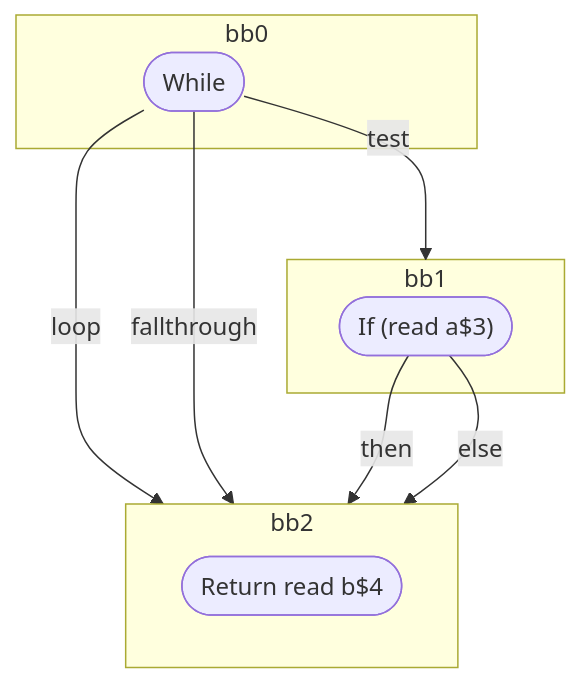
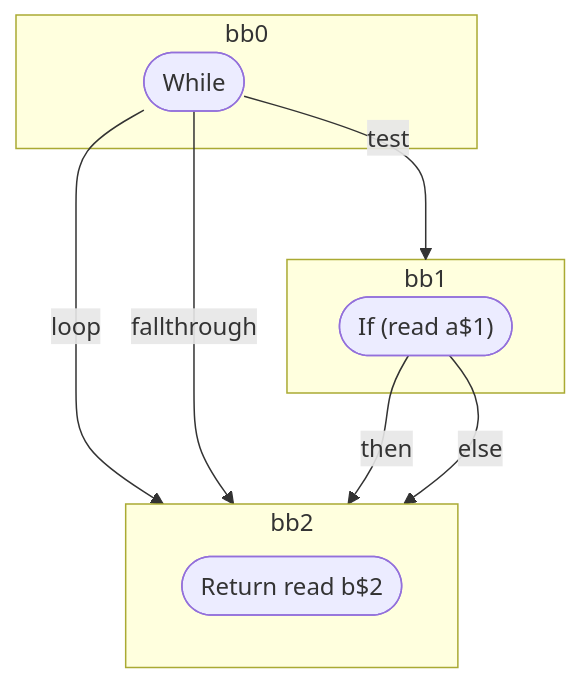
Before and after one commit to wutsmog/private: the diagram in compiler/forget/src/__tests__/fixtures/hir/while-break.expect.md, drawn with Mermaid. The commit also changed other lines of this file and 57 other files, not shown here.

````diff
--- a/compiler/forget/src/__tests__/fixtures/hir/while-break.expect.md
+++ b/compiler/forget/src/__tests__/fixtures/hir/while-break.expect.md
@@ -29,21 +29,21 @@
 ```mermaid
 flowchart TB
   %% Basic Blocks
   subgraph bb0
     bb0_terminal(["While"])
   end
   subgraph bb1
-    bb1_terminal(["If (read a$3)"])
+    bb1_terminal(["If (read a$1)"])
   end
   subgraph bb2
-    bb2_terminal(["Return read b$4"])
+    bb2_terminal(["Return read b$2"])
   end
 
   %% Jumps
   bb0_terminal -- test --> bb1
   bb0_terminal -- loop --> bb2
   bb0_terminal -- fallthrough --> bb2
   bb1_terminal -- then --> bb2
   bb1_terminal -- else --> bb2
 
 ```
````
